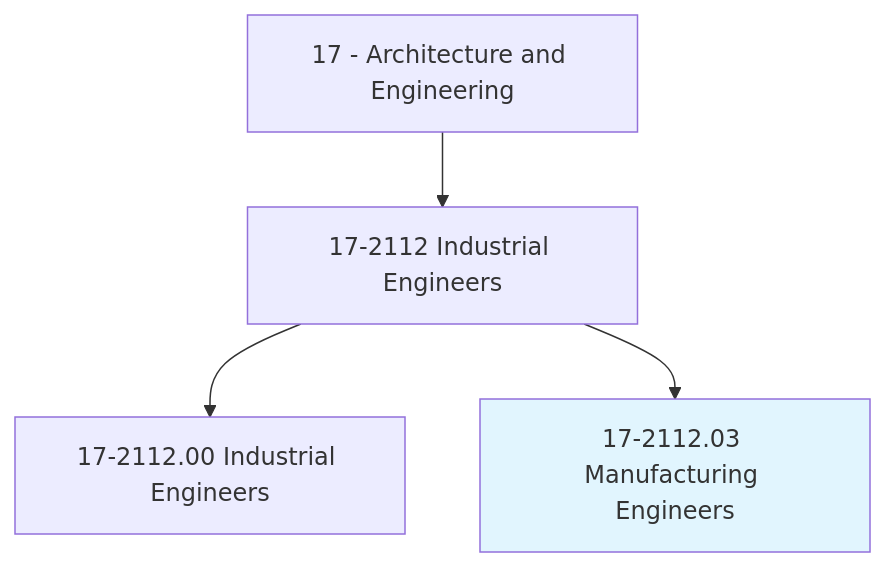
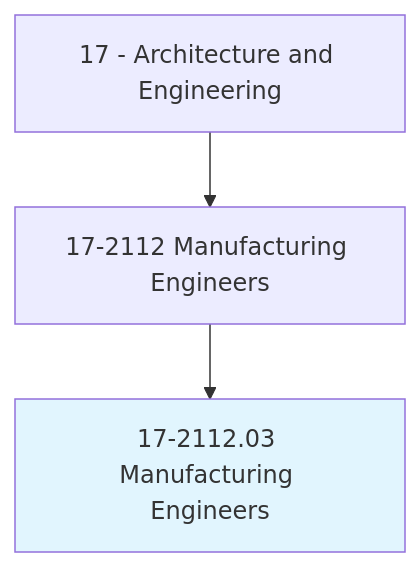
Before and after one commit to kziemski/business.org.ai: the first of 4 diagrams in occupations/Architecture/ManufacturingEngineers.mdx, drawn with Mermaid. The commit also changed other lines of this file and 938 other files, not shown here.

````diff
--- a/occupations/Architecture/ManufacturingEngineers.mdx
+++ b/occupations/Architecture/ManufacturingEngineers.mdx
@@ -19,7 +23,6 @@
 ```mermaid
 graph TD
-    Cat17["17 - Architecture and Engineering"] --> Group172112["17-2112 Industrial Engineers"]
-    Group172112 --> Base["17-2112.00 Industrial Engineers"]
+    Cat17["17 - Architecture and Engineering"] --> Group172112["17-2112 Manufacturing Engineers"]
     Group172112 --> Current["17-2112.03 Manufacturing Engineers"]
     style Current fill:#e1f5fe
 ```
````
